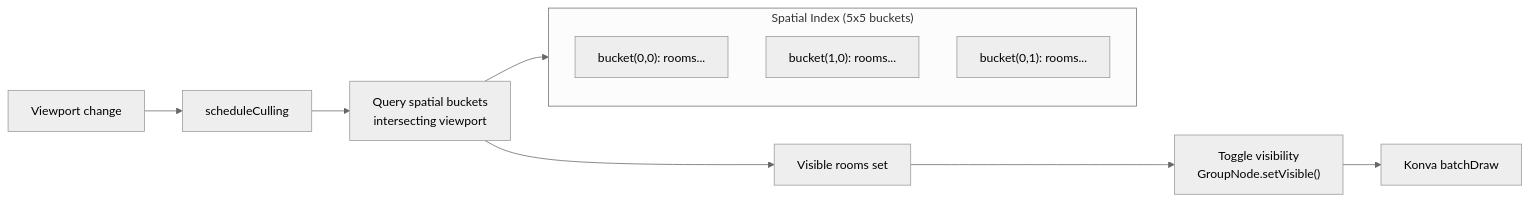
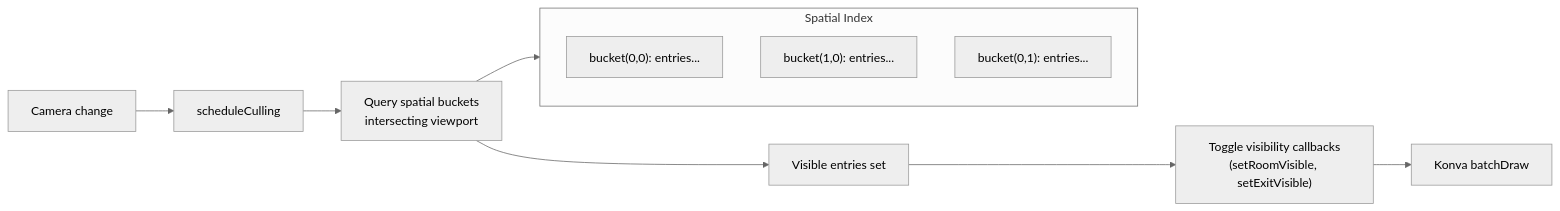
Diagram 14 of 17 in docs/architecture.md (Delwing/mudlet-map-renderer), drawn with Mermaid (neutral theme) before and after one commit. The commit also changed other lines of this file and 44 other files, not shown here.

````diff
--- a/docs/architecture.md
+++ b/docs/architecture.md
@@ -370,16 +520,16 @@
 ```mermaid
 flowchart LR
-    VP[Viewport change] --> SC[scheduleCulling]
+    Cam[Camera change] --> SC[scheduleCulling]
     SC --> QB[Query spatial buckets<br/>intersecting viewport]
-    QB --> VR[Visible rooms set]
-    VR --> TV["Toggle visibility<br/>GroupNode.setVisible()"]
-    TV --> BD[Konva batchDraw]
+    QB --> VR[Visible entries set]
+    VR --> CB["Toggle visibility callbacks<br/>(setRoomVisible, setExitVisible)"]
+    CB --> Replay[Konva batchDraw]
 
-    subgraph SpatialIndex["Spatial Index (5x5 buckets)"]
-        B1["bucket(0,0): rooms..."]
-        B2["bucket(1,0): rooms..."]
-        B3["bucket(0,1): rooms..."]
+    subgraph SpatialIndex["Spatial Index"]
+        B1["bucket(0,0): entries..."]
+        B2["bucket(1,0): entries..."]
+        B3["bucket(0,1): entries..."]
     end
 
     QB --> SpatialIndex
 ```
````
